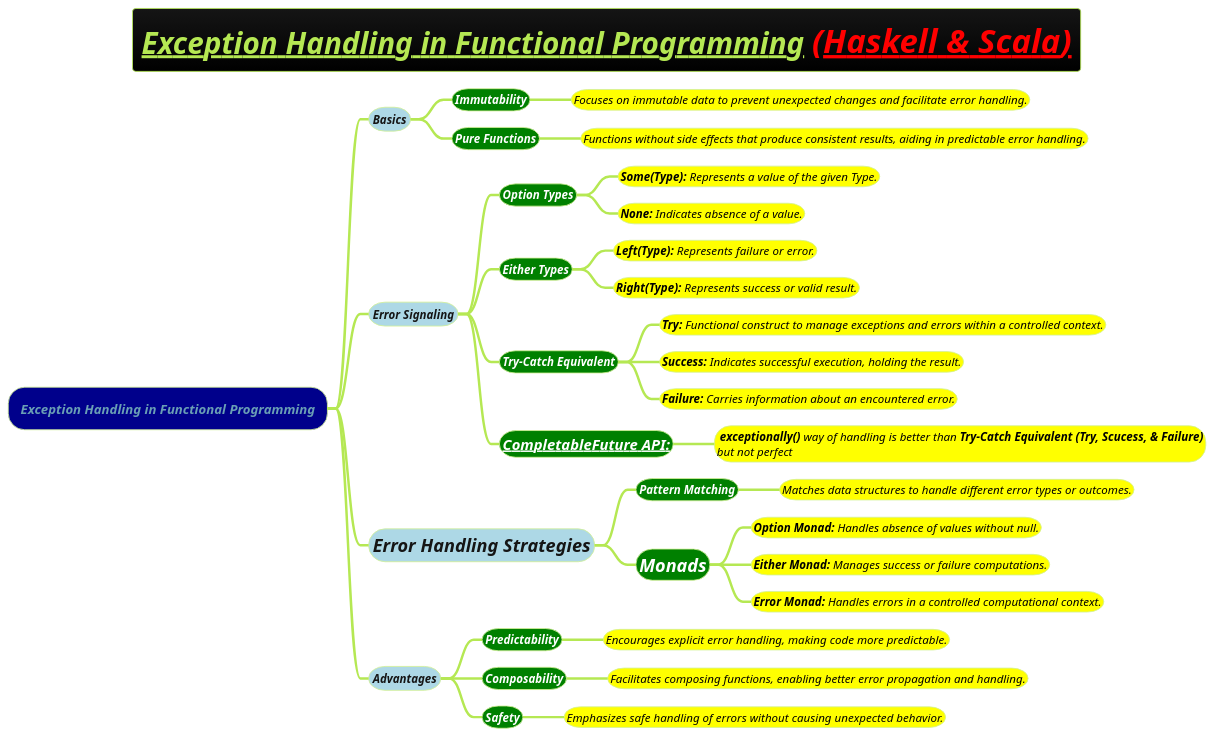
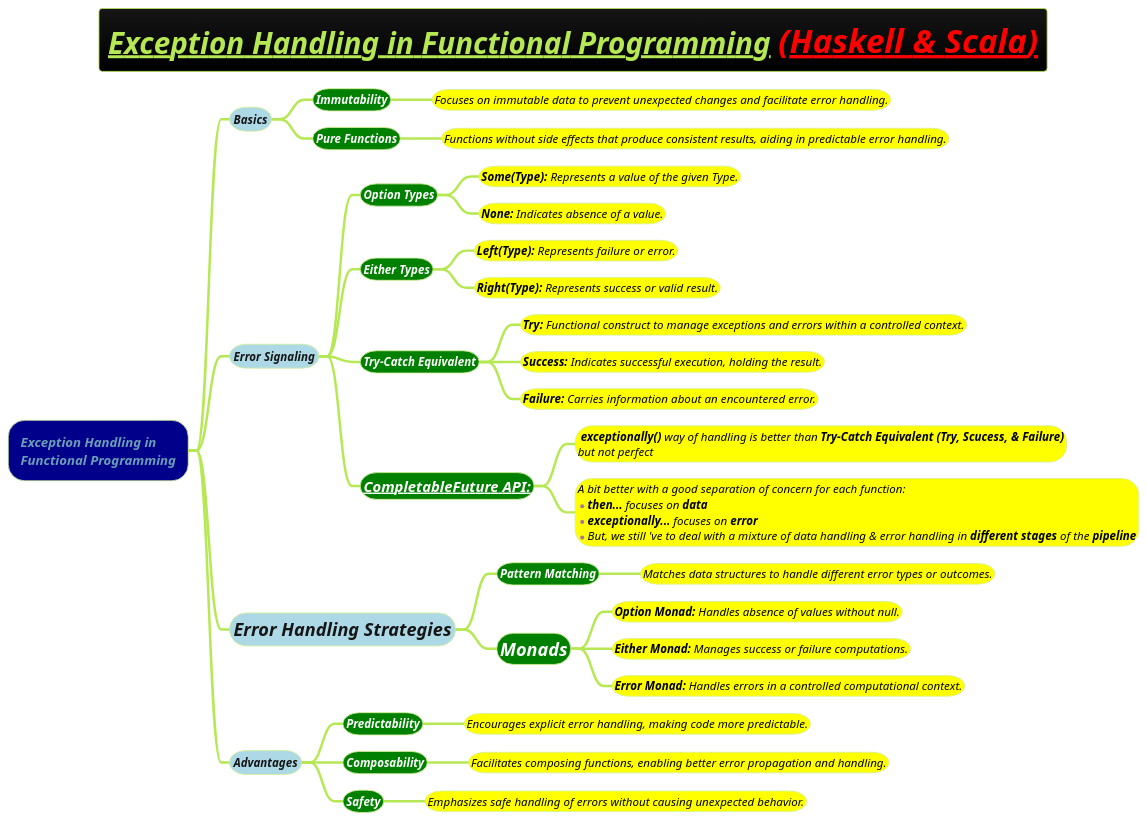
One commit to MehmoodHashmi/Documentation-as-Code-DaC changed the diagram in docs/3-programming-languages/Venkat-Subramaniam/Exception-Handling-in-haskell-and-scala.puml. Above: the diagram before and after it, drawn with PlantUML. The commit also changed 1 other file, not shown here.

```diff
--- a/docs/3-programming-languages/Venkat-Subramaniam/Exception-Handling-in-haskell-and-scala.puml
+++ b/docs/3-programming-languages/Venkat-Subramaniam/Exception-Handling-in-haskell-and-scala.puml
@@ -1,43 +1,47 @@
 @startmindmap
 title =<i><b><u>Exception Handling in Functional Programming <color #red>(Haskell & Scala)
 !theme hacker
 
 
 
 
 
 
-*[#darkblue] <i>Exception Handling in Functional Programming
+*[#darkblue] <i>Exception Handling in\n<i>Functional Programming
 **[#lightblue] <i><color #blac><size:14>Basics
 ***[#green] <b><i><color #white><size:14>Immutability
 ****[#yellow] <i><color #black><size:14>Focuses on immutable data to prevent unexpected changes and facilitate error handling.
 ***[#green] <b><i><color #white><size:14>Pure Functions
 ****[#yellow] <i><color #black><size:14>Functions without side effects that produce consistent results, aiding in predictable error handling.
 **[#lightblue] <i><color #blac><size:14>Error Signaling
 ***[#green] <b><i><color #white><size:14>Option Types
 ****[#yellow] <i><color #black><size:14>**Some(Type):** Represents a value of the given Type.
 ****[#yellow] <i><color #black><size:14>**None:** Indicates absence of a value.
 ***[#green] <b><i><color #white><size:14>Either Types
 ****[#yellow] <i><color #black><size:14>**Left(Type):** Represents failure or error.
 ****[#yellow] <i><color #black><size:14>**Right(Type):** Represents success or valid result.
 ***[#green] <b><i><color #white><size:14>Try-Catch Equivalent
 ****[#yellow] <i><color #black><size:14>**Try:** Functional construct to manage exceptions and errors within a controlled context.
 ****[#yellow] <i><color #black><size:14>**Success:** Indicates successful execution, holding the result.
 ****[#yellow] <i><color #black><size:14>**Failure:** Carries information about an encountered error.
 ***[#green] <b><i><color #white><size:18>[[docs/3-programming-languages/Venkat-Subramaniam/CompletableFuture.puml CompletableFuture API:]]
 ****[#yellow] <i><color #black><size:14> <b>exceptionally()</b> way of handling is better than <b>Try-Catch Equivalent (Try, Scucess, & Failure)\n<i><color #black><size:14>but not perfect
+****[#yellow]:<i><color #black><size:14>A bit better with a good separation of concern for each function:
+*<i><color #black><size:14><b>then...</b> focuses on <b>data
+*<i><color #black><size:14><b>exceptionally...</b> focuses on <b>error
+*<i><color #black><size:14>But, we still 've to deal with a mixture of data handling & error handling in <b>different stages</b> of the <b>pipeline;
 **[#lightblue] <i><color #blac><size:22>Error Handling Strategies
 ***[#green] <b><i><color #white><size:14>Pattern Matching
 ****[#yellow] <i><color #black><size:14>Matches data structures to handle different error types or outcomes.
 ***[#green] <b><i><color #white><size:22>Monads
 ****[#yellow] <i><color #black><size:14>**Option Monad:** Handles absence of values without null.
 ****[#yellow] <i><color #black><size:14>**Either Monad:** Manages success or failure computations.
 ****[#yellow] <i><color #black><size:14>**Error Monad:** Handles errors in a controlled computational context.
 **[#lightblue] <i><color #blac><size:14>Advantages
 ***[#green] <b><i><color #white><size:14>Predictability
 ****[#yellow] <i><color #black><size:14>Encourages explicit error handling, making code more predictable.
 ***[#green] <b><i><color #white><size:14>Composability
 ****[#yellow] <i><color #black><size:14>Facilitates composing functions, enabling better error propagation and handling.
 ***[#green] <b><i><color #white><size:14>Safety
 ****[#yellow] <i><color #black><size:14>Emphasizes safe handling of errors without causing unexpected behavior.
 @endmindmap
```
